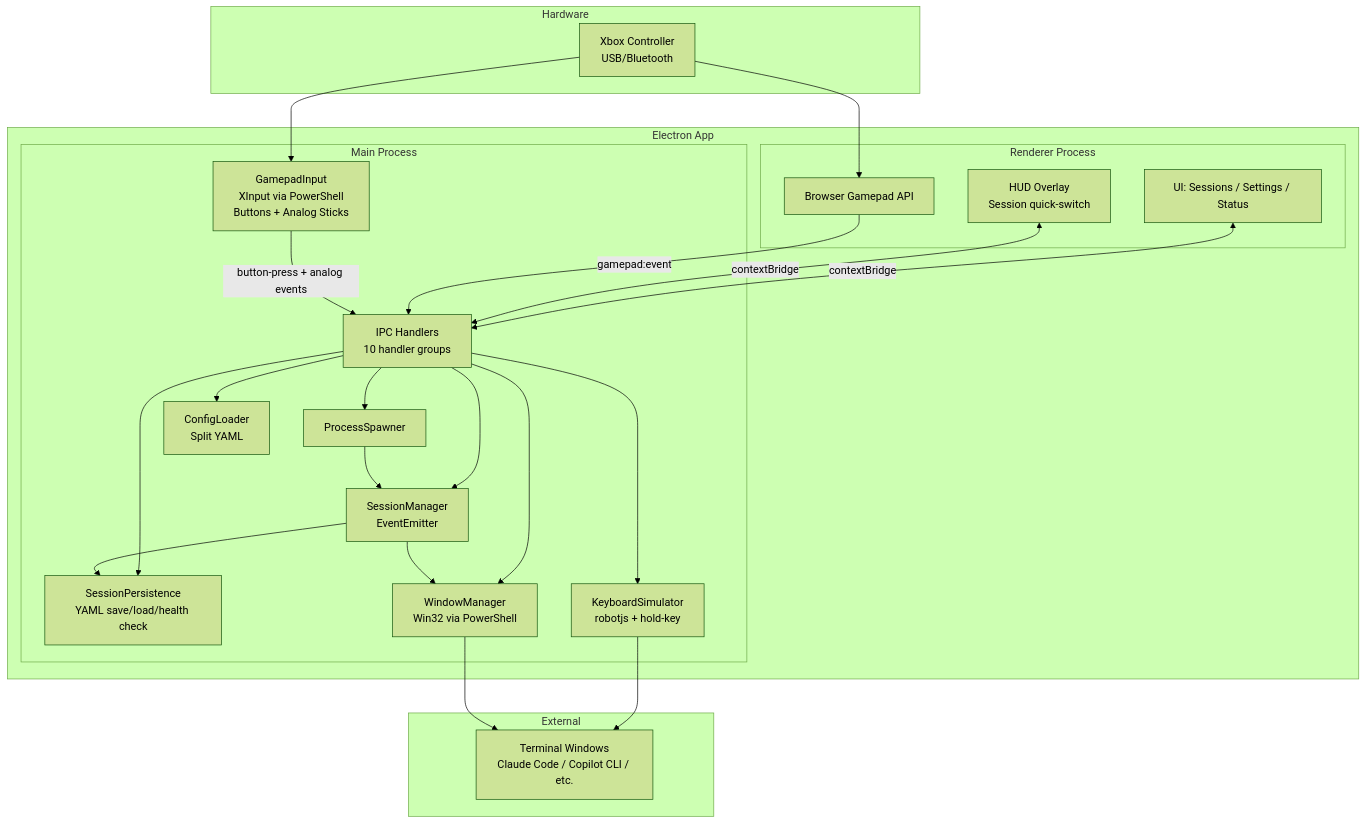
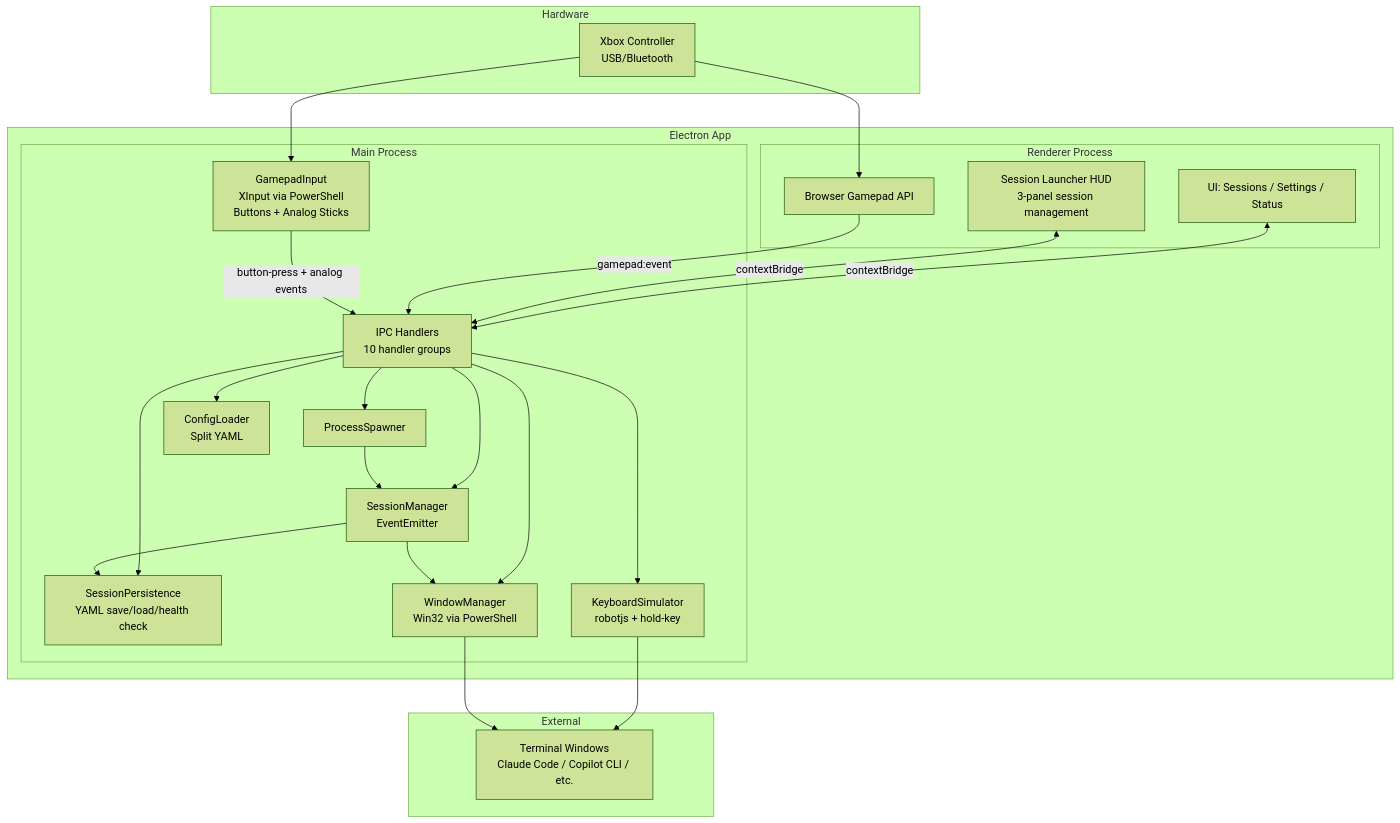
Before and after one commit to PetePeter/gamepad-cli-hub: the diagram in CLAUDE.md, drawn with Mermaid (forest theme). The commit also changed other lines of this file and 8 other files, not shown here.

First line of the commit message:
feat: 3-panel Session Launcher HUD

````diff
--- a/CLAUDE.md
+++ b/CLAUDE.md
@@ -9,48 +9,48 @@
 ```mermaid
 graph TB
     subgraph Hardware
         XC[Xbox Controller<br/>USB/Bluetooth]
     end
 
     subgraph "Electron App"
         subgraph "Renderer Process"
             UI[UI: Sessions / Settings / Status]
-            HUD[HUD Overlay<br/>Session quick-switch]
+            HUD[Session Launcher HUD<br/>3-panel session management]
             BGA[Browser Gamepad API]
         end
 
         subgraph "Main Process"
             IPC[IPC Handlers<br/>10 handler groups]
             GI[GamepadInput<br/>XInput via PowerShell<br/>Buttons + Analog Sticks]
             SM[SessionManager<br/>EventEmitter]
             SP[SessionPersistence<br/>YAML save/load/health check]
             PS[ProcessSpawner]
             KS[KeyboardSimulator<br/>robotjs + hold-key]
             WM[WindowManager<br/>Win32 via PowerShell]
             CL[ConfigLoader<br/>Split YAML]
         end
 
         UI <-->|contextBridge| IPC
         HUD <-->|contextBridge| IPC
         BGA -->|gamepad:event| IPC
     end
 
     XC --> GI
     XC --> BGA
     GI -->|button-press + analog events| IPC
     IPC --> SM
     IPC --> SP
     IPC --> PS
     IPC --> KS
     IPC --> WM
     IPC --> CL
     SM --> SP
     SM --> WM
     PS --> SM
     KS --> TW
     WM --> TW
 
     subgraph "External"
         TW[Terminal Windows<br/>Claude Code / Copilot CLI / etc.]
     end
 ```
````
